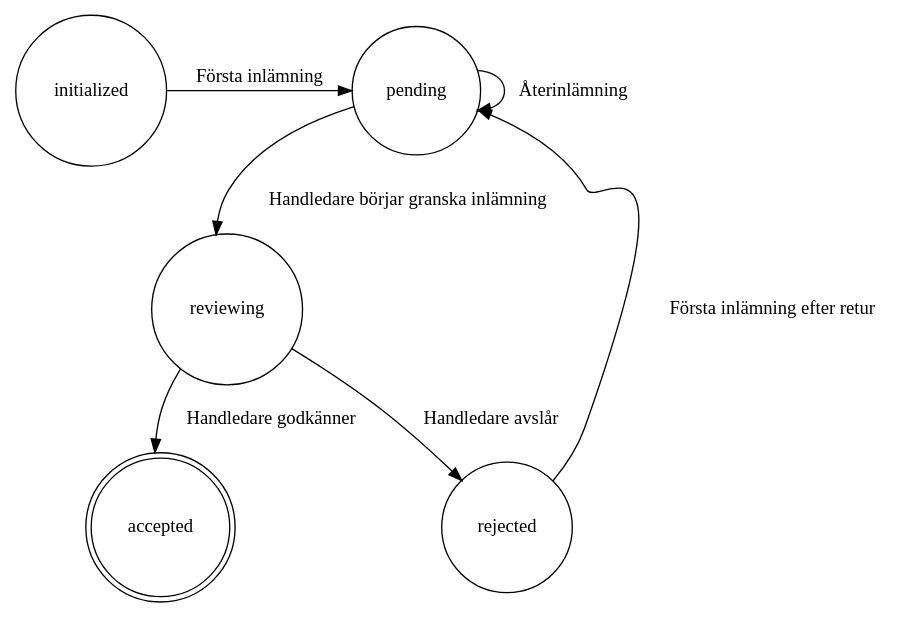
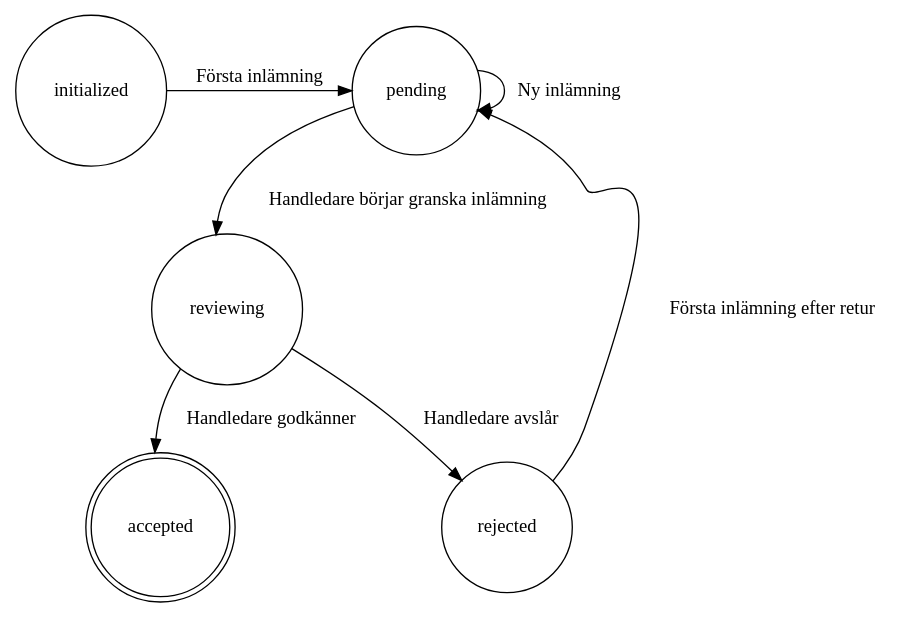
The diagram in report/fig/labgroup/state-machine.dot (water/resources), drawn with Graphviz before and after one commit.

Commit message:
Återinlamning -> Ny inlämning

```diff
--- a/report/fig/labgroup/state-machine.dot
+++ b/report/fig/labgroup/state-machine.dot
@@ -1,18 +1,18 @@
 digraph G {
   node [shape=circle]
   initialized 
   pending
   reviewing
   accepted [shape=doublecircle]
   rejected
   
   initialized -> pending [ label = "Första inlämning" ][constraint=false]
   rejected -> pending [ label = "Första inlämning efter retur" ]
   
   reviewing -> accepted [ label = "Handledare godkänner" ]
   reviewing -> rejected [ label = "Handledare avslår" ]
 
   pending -> reviewing [ label = "Handledare börjar granska inlämning" ]
 
-  pending -> pending     [ label = "Återinlämning" ]
+  pending -> pending     [ label = "Ny inlämning" ]
 }
```
